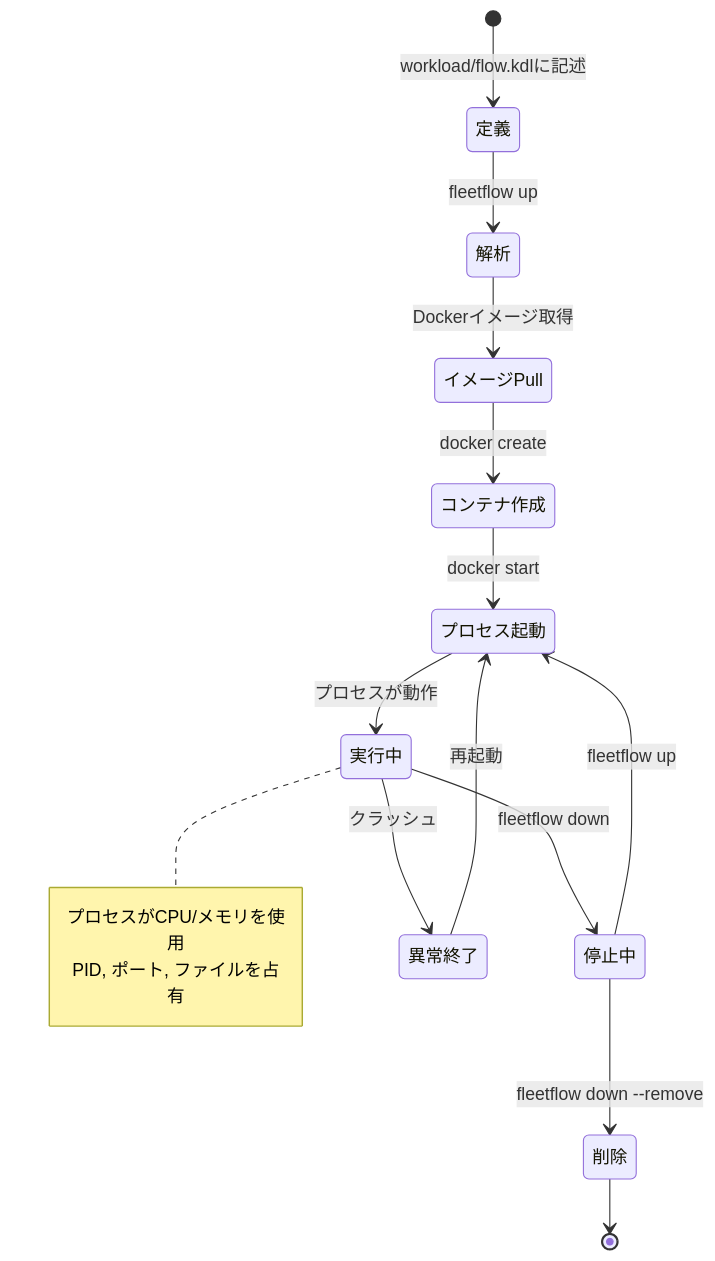
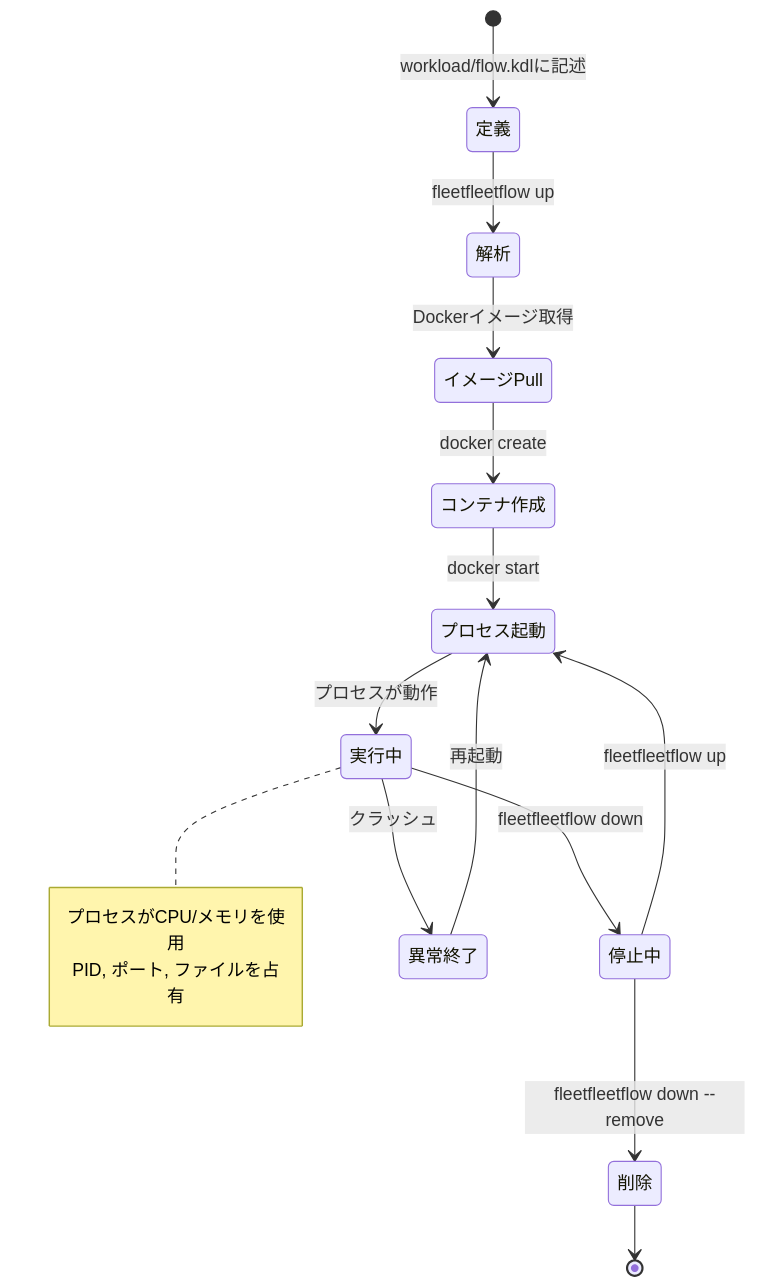
Before and after one commit to chronista-club/fleetflow: the fourth of 4 diagrams in spec/01-core-concepts.md, drawn with Mermaid. The commit also changed other lines of this file and 23 other files, not shown here.

````diff
--- a/spec/01-core-concepts.md
+++ b/spec/01-core-concepts.md
@@ -84,23 +84,23 @@
 ```mermaid
 stateDiagram-v2
     [*] --> 定義: workload/flow.kdlに記述
-    定義 --> 解析: fleetflow up
+    定義 --> 解析: fleetfleetflow up
     解析 --> イメージPull: Dockerイメージ取得
     イメージPull --> コンテナ作成: docker create
     コンテナ作成 --> プロセス起動: docker start
     プロセス起動 --> 実行中: プロセスが動作
 
-    実行中 --> 停止中: fleetflow down
-    停止中 --> プロセス起動: fleetflow up
+    実行中 --> 停止中: fleetfleetflow down
+    停止中 --> プロセス起動: fleetfleetflow up
 
     実行中 --> 異常終了: クラッシュ
     異常終了 --> プロセス起動: 再起動
 
-    停止中 --> 削除: fleetflow down --remove
+    停止中 --> 削除: fleetfleetflow down --remove
     削除 --> [*]
 
     note right of 実行中
         プロセスがCPU/メモリを使用
         PID, ポート, ファイルを占有
     end note
 ```
````
